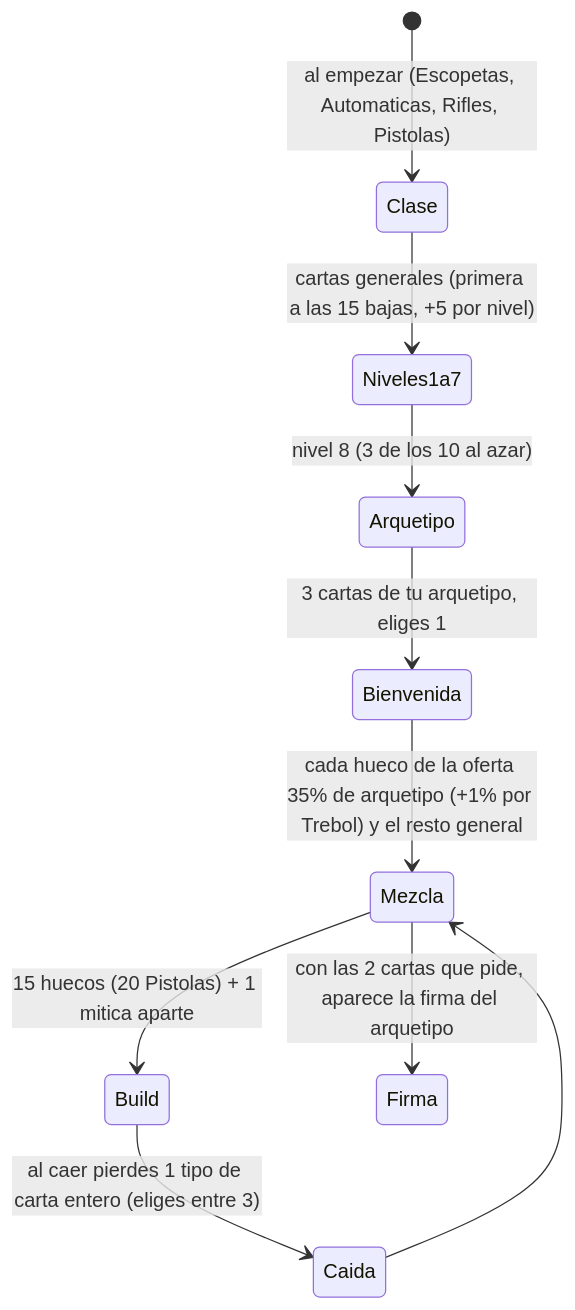
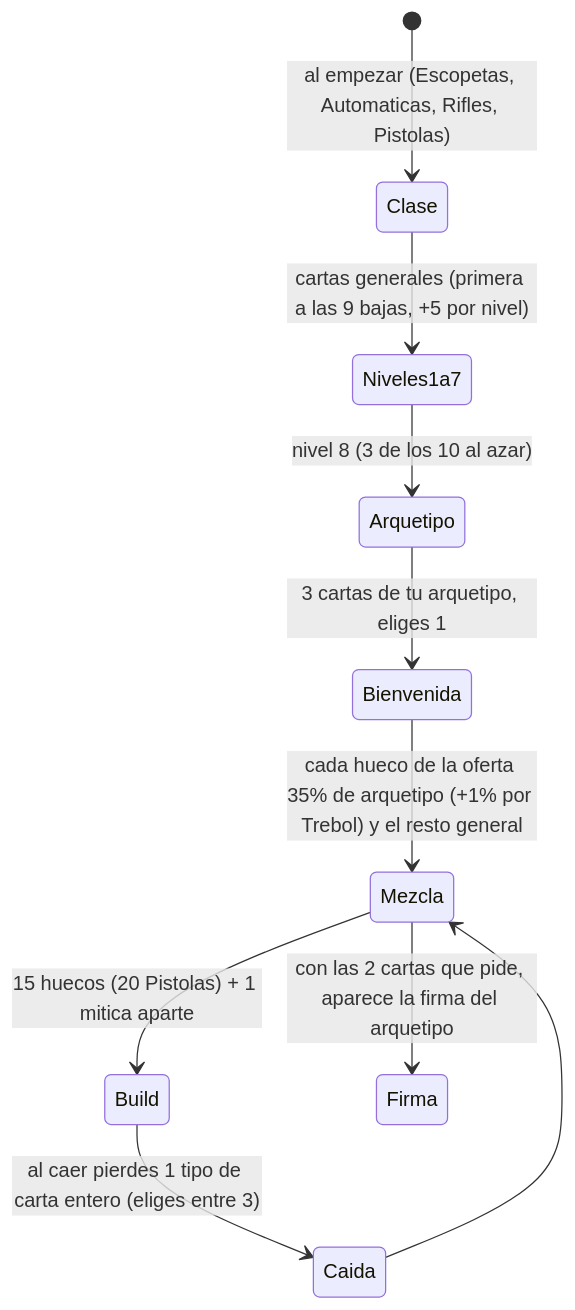
One commit to emailyasi1/bo2jodas changed the second of 15 diagrams in ARQUETIPOS.md. Above: the diagram before and after it, drawn with Mermaid. The commit also changed other lines of this file and 3 other files, not shown here.

First line of the commit message:
1.10.1: balance de clases, primera carta a las 9 bajas

````diff
--- a/ARQUETIPOS.md
+++ b/ARQUETIPOS.md
@@ -32,12 +32,12 @@
 ```mermaid
 stateDiagram-v2
     [*] --> Clase: al empezar (Escopetas, Automaticas, Rifles, Pistolas)
-    Clase --> Niveles1a7: cartas generales (primera a las 15 bajas, +5 por nivel)
+    Clase --> Niveles1a7: cartas generales (primera a las 9 bajas, +5 por nivel)
     Niveles1a7 --> Arquetipo: nivel 8 (3 de los 10 al azar)
     Arquetipo --> Bienvenida: 3 cartas de tu arquetipo, eliges 1
     Bienvenida --> Mezcla: cada hueco de la oferta 35% de arquetipo (+1% por Trebol) y el resto general
     Mezcla --> Build: 15 huecos (20 Pistolas) + 1 mitica aparte
     Mezcla --> Firma: con las 2 cartas que pide, aparece la firma del arquetipo
     Build --> Caida: al caer pierdes 1 tipo de carta entero (eliges entre 3)
     Caida --> Mezcla
 ```
````
